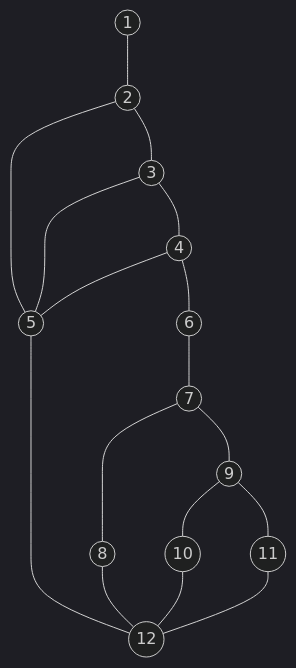
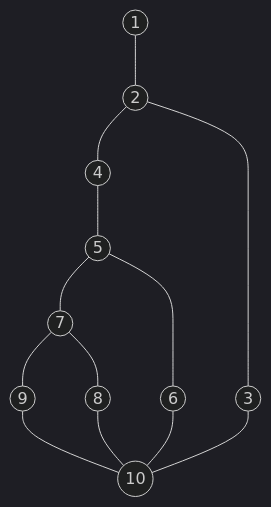
Before and after one commit to bloedige/itdb_ctf: the first of 5 diagrams in tests/docs/caja_blanca_05_acceso_evento_cerrado.md, drawn with Mermaid (dark theme). The commit also changed other lines of this file and 47 other files, not shown here.

````diff
--- a/tests/docs/caja_blanca_05_acceso_evento_cerrado.md
+++ b/tests/docs/caja_blanca_05_acceso_evento_cerrado.md
@@ -41,19 +47,15 @@
 ```mermaid
 graph TD
     n1((1)) --- n2((2))
-    n2 --- n5((5))
-    n5 --- n12((12))
-    n2 --- n3((3))
-    n3 --- n5
-    n3 --- n4((4))
-    n4 --- n5
-    n4 --- n6((6))
-    n6 --- n7((7))
-    n7 --- n8((8))
-    n8 --- n12
+    n2 --- n4((4))
+    n4 --- n5((5))
+    n5 --- n7((7))
     n7 --- n9((9))
     n9 --- n10((10))
-    n10 --- n12
-    n9 --- n11((11))
-    n11 --- n12
+    n7 --- n8((8))
+    n8 --- n10
+    n5 --- n6((6))
+    n6 --- n10
+    n2 --- n3((3))
+    n3 --- n10
 ```
````
